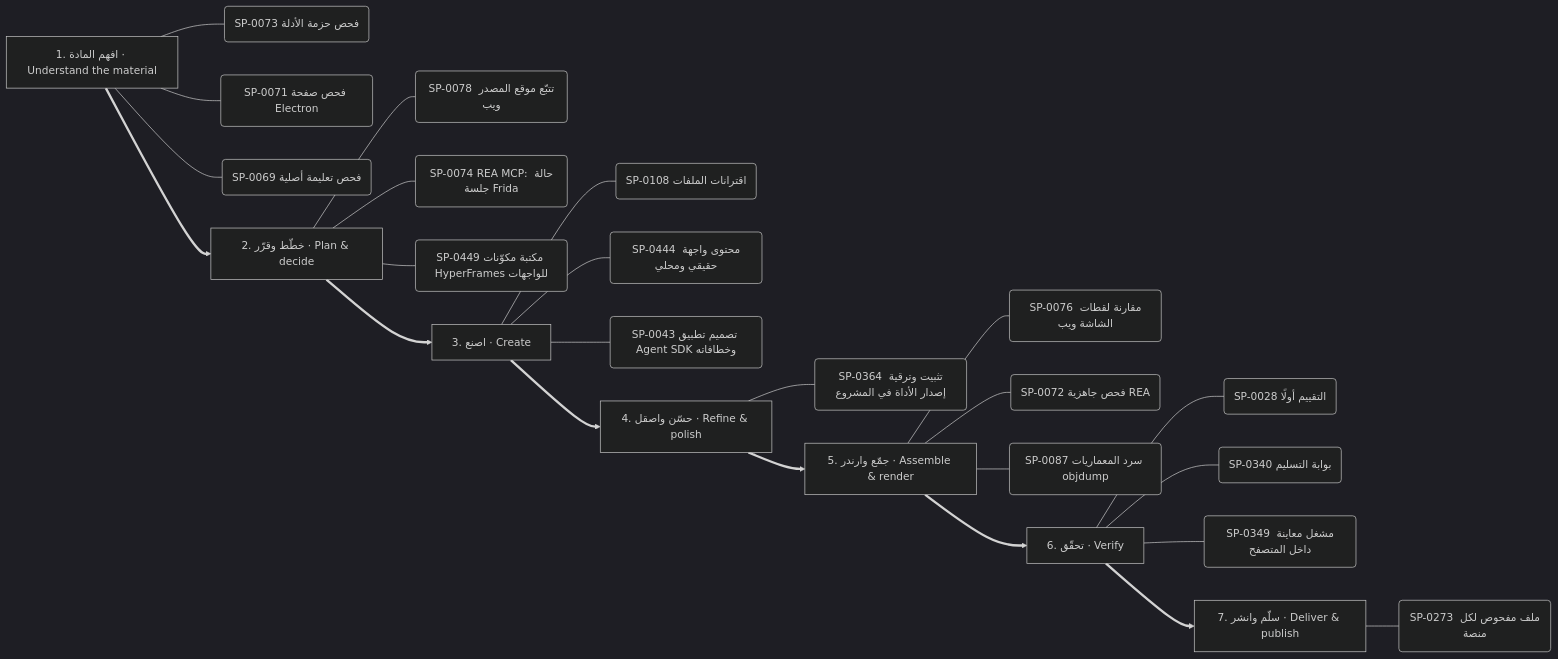
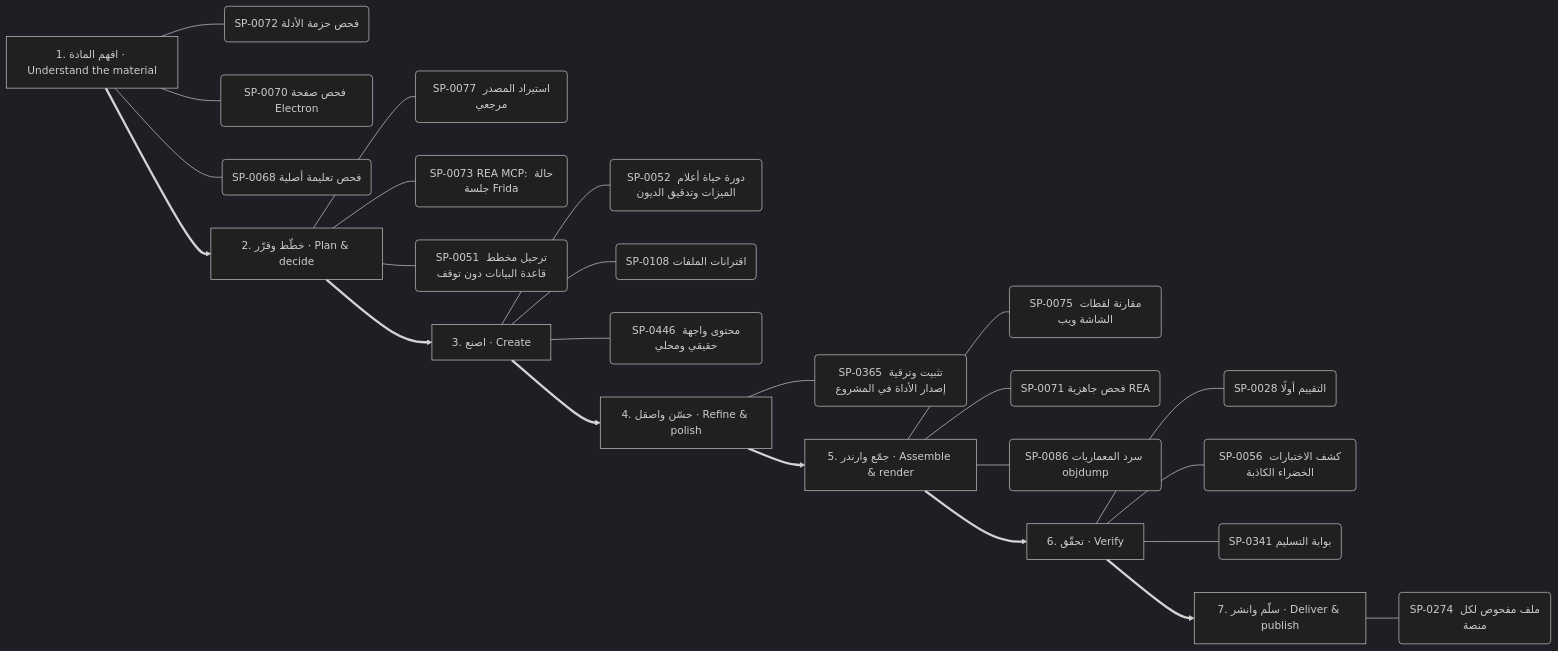
Before and after one commit to kosif199022-jpg/kosif-tool: diagram 11 of 13 in .claude/skills/kosif-superpowers/references/capability-mindmap.md, drawn with Mermaid (dark theme). The commit also changed other lines of this file and 35 other files, not shown here.

````diff
--- a/.claude/skills/kosif-superpowers/references/capability-mindmap.md
+++ b/.claude/skills/kosif-superpowers/references/capability-mindmap.md
@@ -546,33 +545,33 @@
 ```mermaid
 flowchart LR
   S0["1. افهم المادة · Understand the material"]
-  S0 --- S0_0("SP-0073 فحص حزمة الأدلة")
-  S0 --- S0_1("SP-0071 فحص صفحة Electron")
-  S0 --- S0_2("SP-0069 فحص تعليمة أصلية")
+  S0 --- S0_0("SP-0072 فحص حزمة الأدلة")
+  S0 --- S0_1("SP-0070 فحص صفحة Electron")
+  S0 --- S0_2("SP-0068 فحص تعليمة أصلية")
   S1["2. خطّط وقرّر · Plan & decide"]
-  S1 --- S1_0("SP-0078 تتبّع موقع المصدر ويب")
-  S1 --- S1_1("SP-0074 REA MCP: حالة جلسة Frida")
-  S1 --- S1_2("SP-0449 مكتبة مكوّنات HyperFrames للواجهات")
+  S1 --- S1_0("SP-0077 استيراد المصدر مرجعي")
+  S1 --- S1_1("SP-0073 REA MCP: حالة جلسة Frida")
+  S1 --- S1_2("SP-0051 ترحيل مخطط قاعدة البيانات دون توقف")
   S0 ==> S1
   S2["3. اصنع · Create"]
-  S2 --- S2_0("SP-0108 اقترانات الملفات")
-  S2 --- S2_1("SP-0444 محتوى واجهة حقيقي ومحلي")
-  S2 --- S2_2("SP-0043 تصميم تطبيق Agent SDK وخطافاته")
+  S2 --- S2_0("SP-0052 دورة حياة أعلام الميزات وتدقيق الديون")
+  S2 --- S2_1("SP-0108 اقترانات الملفات")
+  S2 --- S2_2("SP-0446 محتوى واجهة حقيقي ومحلي")
   S1 ==> S2
   S3["4. حسّن واصقل · Refine & polish"]
-  S3 --- S3_0("SP-0364 تثبيت وترقية إصدار الأداة في المشروع")
+  S3 --- S3_0("SP-0365 تثبيت وترقية إصدار الأداة في المشروع")
   S2 ==> S3
   S4["5. جمّع وارندر · Assemble & render"]
-  S4 --- S4_0("SP-0076 مقارنة لقطات الشاشة ويب")
-  S4 --- S4_1("SP-0072 فحص جاهزية REA")
-  S4 --- S4_2("SP-0087 سرد المعماريات objdump")
+  S4 --- S4_0("SP-0075 مقارنة لقطات الشاشة ويب")
+  S4 --- S4_1("SP-0071 فحص جاهزية REA")
+  S4 --- S4_2("SP-0086 سرد المعماريات objdump")
   S3 ==> S4
   S5["6. تحقّق · Verify"]
   S5 --- S5_0("SP-0028 التقييم أولًا")
-  S5 --- S5_1("SP-0340 بوابة التسليم")
-  S5 --- S5_2("SP-0349 مشغل معاينة داخل المتصفح")
+  S5 --- S5_1("SP-0056 كشف الاختبارات الخضراء الكاذبة")
+  S5 --- S5_2("SP-0341 بوابة التسليم")
   S4 ==> S5
   S6["7. سلّم وانشر · Deliver & publish"]
-  S6 --- S6_0("SP-0273 ملف مفحوص لكل منصة")
+  S6 --- S6_0("SP-0274 ملف مفحوص لكل منصة")
   S5 ==> S6
 ```
````
